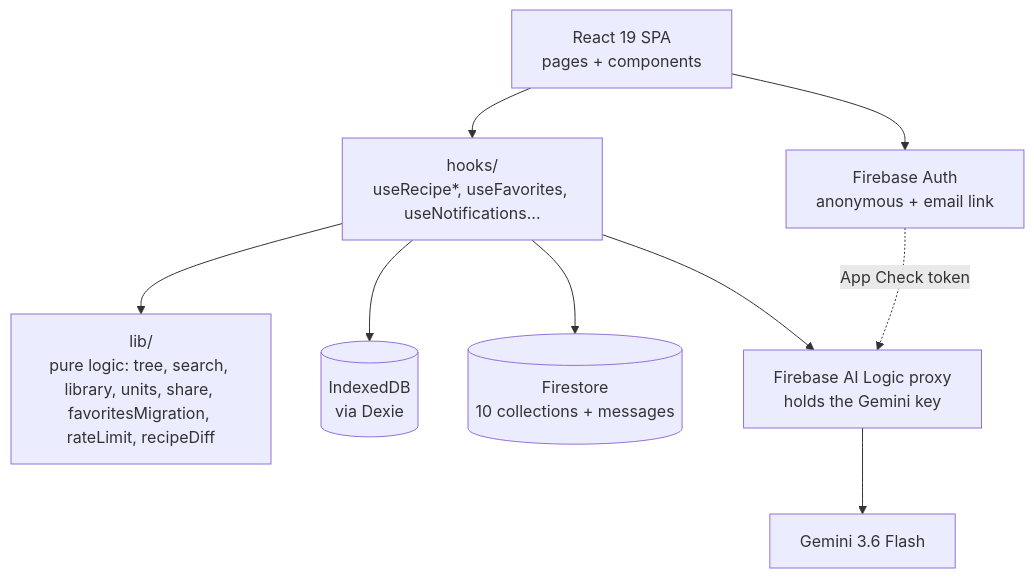
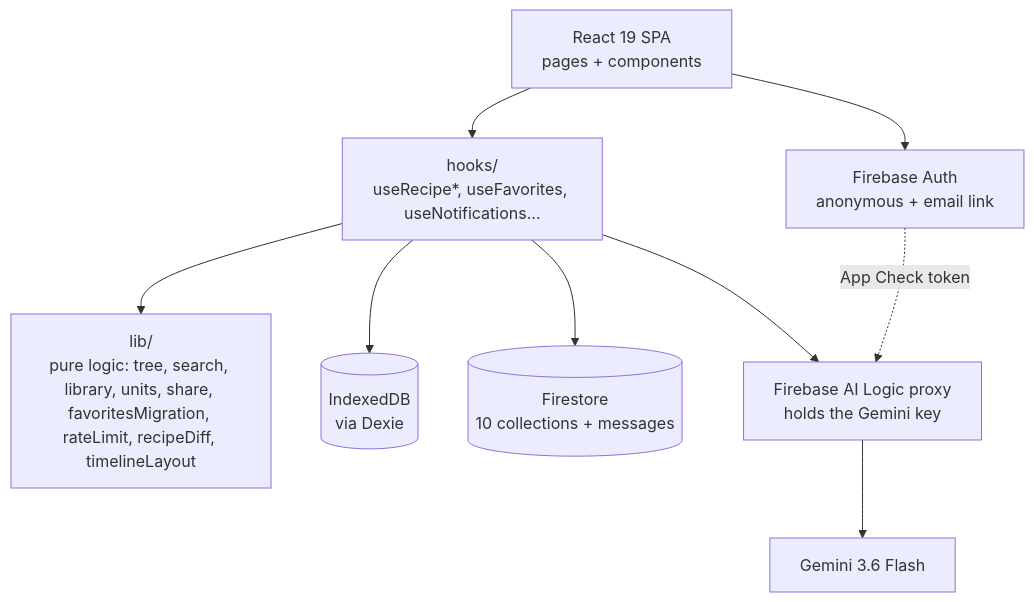
One commit to hpeppitt/recipe-app changed the diagram in docs/architecture.md. Above: the diagram before and after it, drawn with Mermaid. The commit also changed 4 other files, not shown here.

First line of the commit message:
RL-069: A pure timeline layout assigns each branch a line, collision-free lanes and time-ordered positions

````diff
--- a/docs/architecture.md
+++ b/docs/architecture.md
@@ -12,20 +12,20 @@
 ```mermaid
 flowchart TD
     UI[React 19 SPA<br/>pages + components]
     Hooks[hooks/<br/>useRecipe*, useFavorites, useNotifications...]
-    Lib[lib/<br/>pure logic: tree, search, library, units, share, favoritesMigration, rateLimit, recipeDiff]
+    Lib[lib/<br/>pure logic: tree, search, library, units, share, favoritesMigration, rateLimit, recipeDiff, timelineLayout]
     Dexie[(IndexedDB<br/>via Dexie)]
     FS[(Firestore<br/>10 collections + messages)]
     Auth[Firebase Auth<br/>anonymous + email link]
     AILogic[Firebase AI Logic proxy<br/>holds the Gemini key]
     Gemini[Gemini 3.6 Flash]
 
     UI --> Hooks
     Hooks --> Lib
     Hooks --> Dexie
     Hooks --> FS
     Hooks --> AILogic
     UI --> Auth
     AILogic --> Gemini
     Auth -. App Check token .-> AILogic
 ```
````
